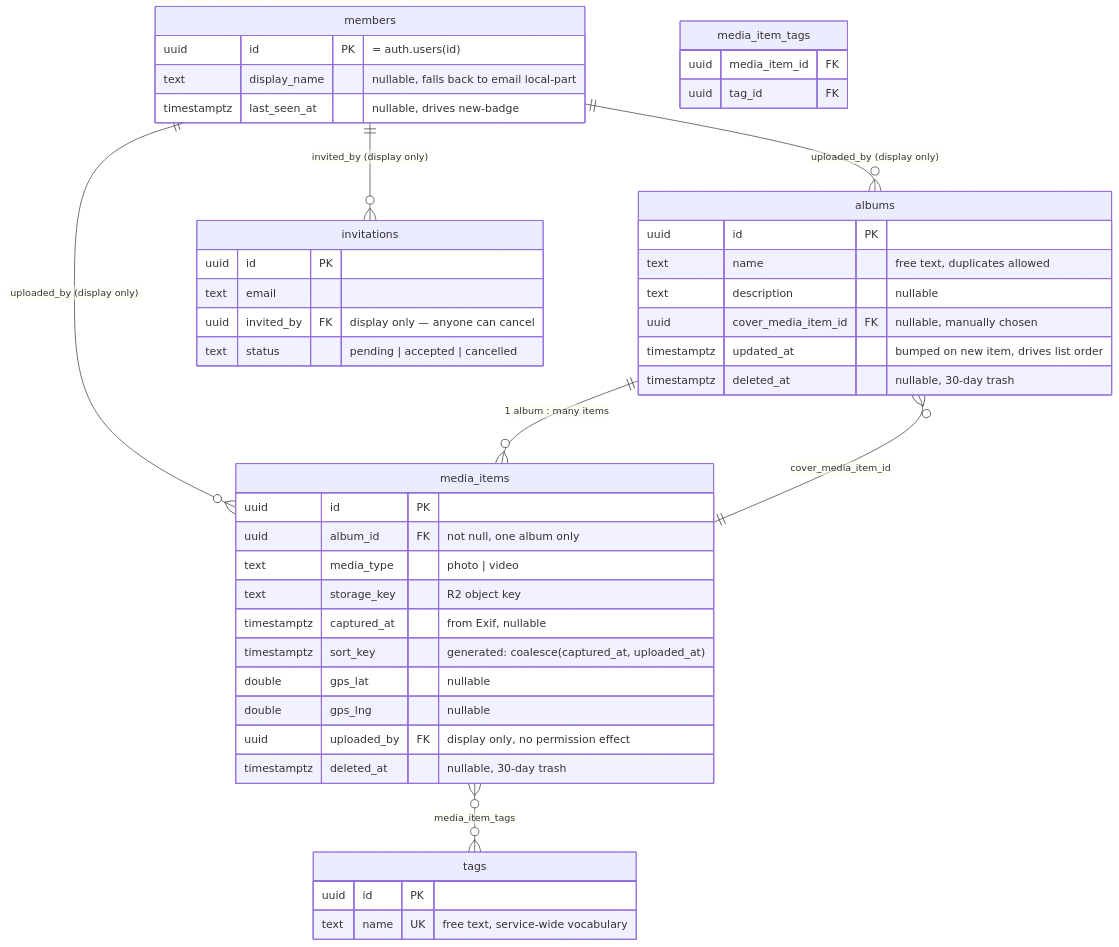
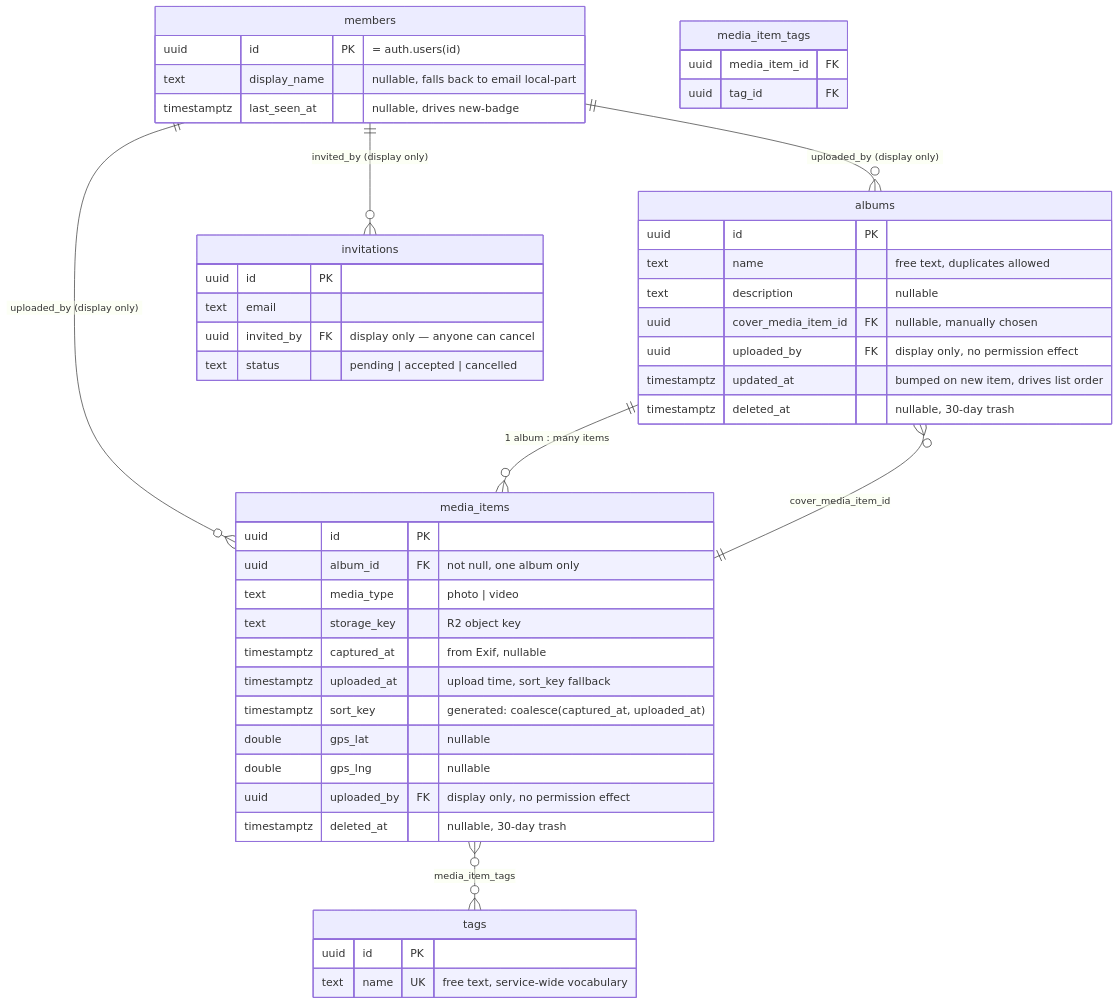
Before and after one commit to Takayyz/amber: the second of 2 diagrams in README.md, drawn with Mermaid. The commit also changed 8 other files, not shown here.

First line of the commit message:
feat: set up supabase and add initial schema

````diff
--- a/README.md
+++ b/README.md
@@ -80,49 +80,51 @@
 ```mermaid
 erDiagram
     members ||--o{ albums : "uploaded_by (display only)"
     members ||--o{ media_items : "uploaded_by (display only)"
     members ||--o{ invitations : "invited_by (display only)"
     albums ||--o{ media_items : "1 album : many items"
     albums }o--|| media_items : "cover_media_item_id"
     media_items }o--o{ tags : "media_item_tags"
 
     members {
         uuid id PK "= auth.users(id)"
         text display_name "nullable, falls back to email local-part"
         timestamptz last_seen_at "nullable, drives new-badge"
     }
     albums {
         uuid id PK
         text name "free text, duplicates allowed"
         text description "nullable"
         uuid cover_media_item_id FK "nullable, manually chosen"
+        uuid uploaded_by FK "display only, no permission effect"
         timestamptz updated_at "bumped on new item, drives list order"
         timestamptz deleted_at "nullable, 30-day trash"
     }
     media_items {
         uuid id PK
         uuid album_id FK "not null, one album only"
         text media_type "photo | video"
         text storage_key "R2 object key"
         timestamptz captured_at "from Exif, nullable"
+        timestamptz uploaded_at "upload time, sort_key fallback"
         timestamptz sort_key "generated: coalesce(captured_at, uploaded_at)"
         double gps_lat "nullable"
         double gps_lng "nullable"
         uuid uploaded_by FK "display only, no permission effect"
         timestamptz deleted_at "nullable, 30-day trash"
     }
     tags {
         uuid id PK
         text name UK "free text, service-wide vocabulary"
     }
     media_item_tags {
         uuid media_item_id FK
         uuid tag_id FK
     }
     invitations {
         uuid id PK
         text email
         uuid invited_by FK "display only — anyone can cancel"
         text status "pending | accepted | cancelled"
     }
 ```
````
